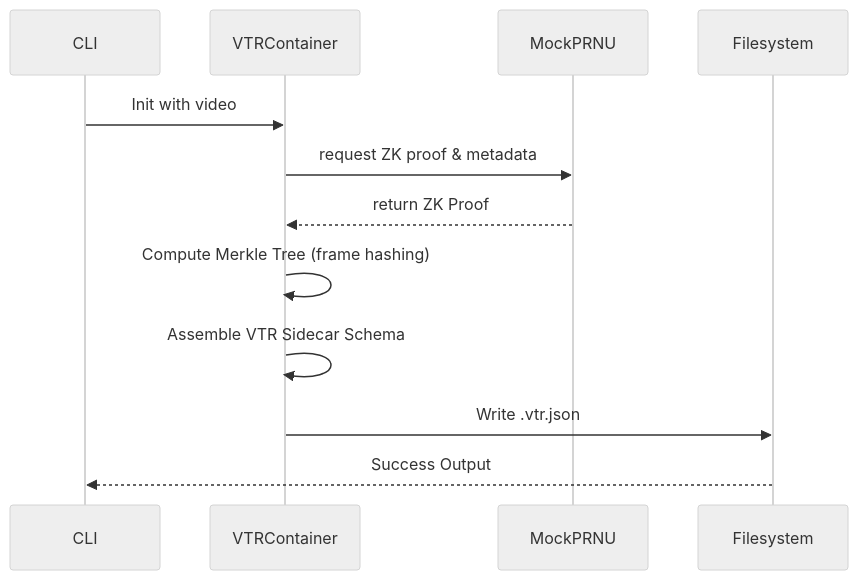
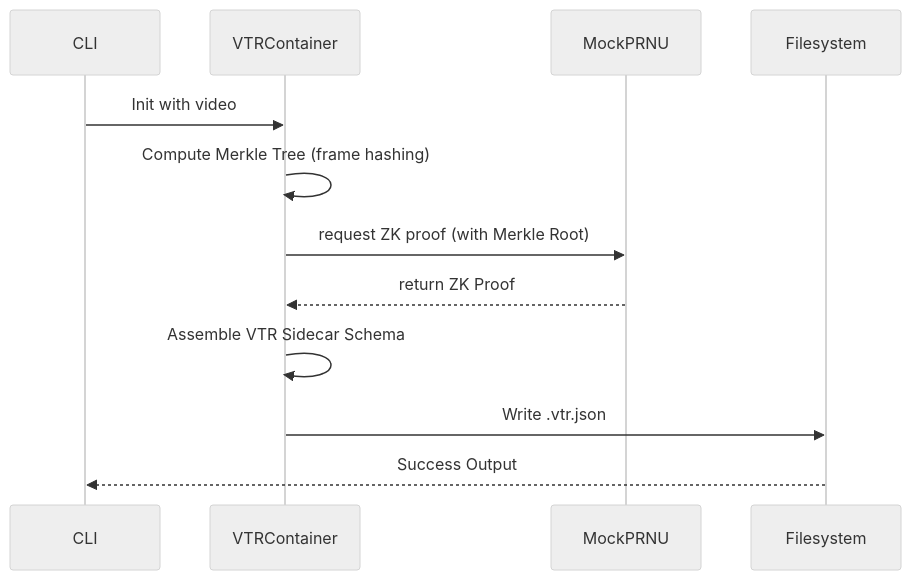
Before and after one commit to MnemOnicE/vtr-standard: the third of 4 diagrams in README.md, drawn with Mermaid (neutral theme).

````diff
--- a/README.md
+++ b/README.md
@@ -108,15 +108,15 @@
 ```mermaid
 sequenceDiagram
     participant CLI
     participant VTRContainer
     participant MockPRNU
     participant Filesystem
 
     CLI->>VTRContainer: Init with video
-    VTRContainer->>MockPRNU: request ZK proof & metadata
+    VTRContainer->>VTRContainer: Compute Merkle Tree (frame hashing)
+    VTRContainer->>MockPRNU: request ZK proof (with Merkle Root)
     MockPRNU-->>VTRContainer: return ZK Proof
-    VTRContainer->>VTRContainer: Compute Merkle Tree (frame hashing)
     VTRContainer->>VTRContainer: Assemble VTR Sidecar Schema
     VTRContainer->>Filesystem: Write .vtr.json
     Filesystem-->>CLI: Success Output
 ```
````
